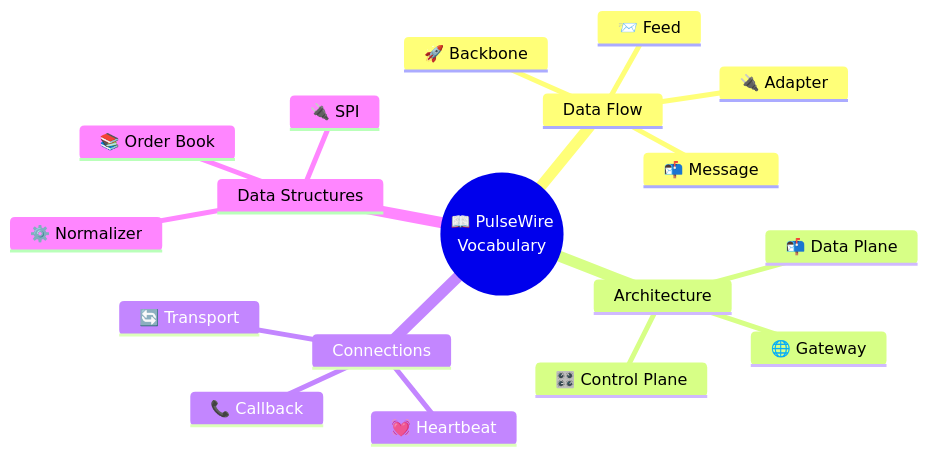
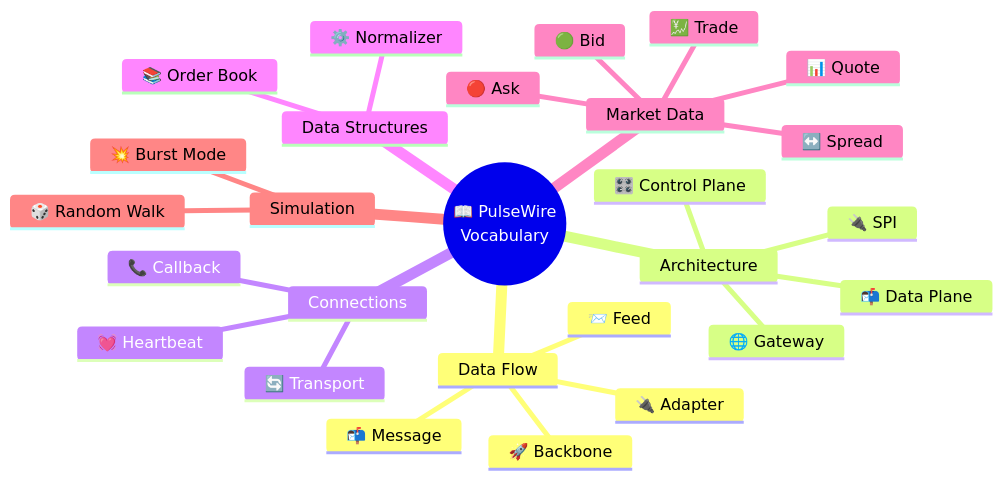
One commit to oladejiayo/Pulsewire changed diagram 14 of 14 in docs/eli5-guide.md. Above: the diagram before and after it, drawn with Mermaid. The commit also changed other lines of this file and 8 other files, not shown here.

````diff
--- a/docs/eli5-guide.md
+++ b/docs/eli5-guide.md
@@ -356,21 +532,30 @@
 ```mermaid
 mindmap
   root((📖 PulseWire<br/>Vocabulary))
     Data Flow
       🔌 Adapter
       📨 Feed
       📬 Message
       🚀 Backbone
     Architecture
       🎛️ Control Plane
       📬 Data Plane
       🌐 Gateway
+      🔌 SPI
     Connections
       💓 Heartbeat
       🔄 Transport
       📞 Callback
     Data Structures
       📚 Order Book
       ⚙️ Normalizer
-      🔌 SPI
+    Market Data
+      💹 Trade
+      📊 Quote
+      🟢 Bid
+      🔴 Ask
+      ↔️ Spread
+    Simulation
+      🎲 Random Walk
+      💥 Burst Mode
 ```
````
